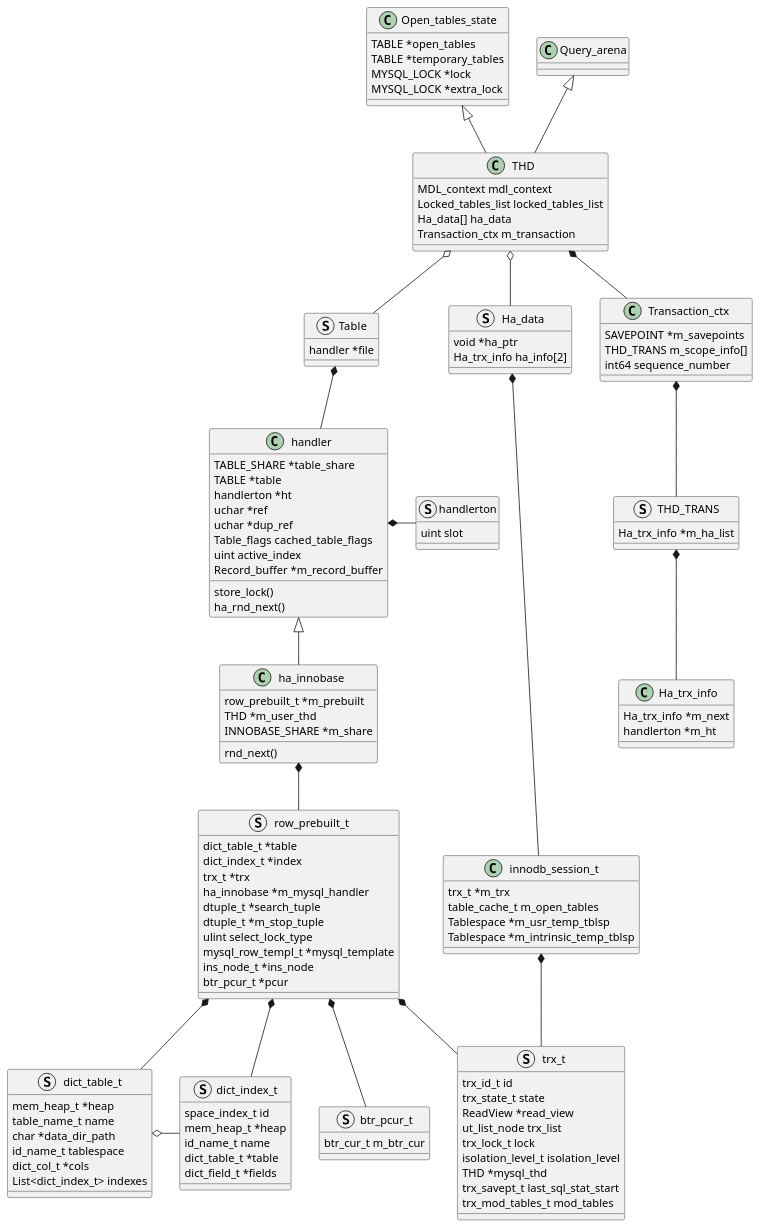
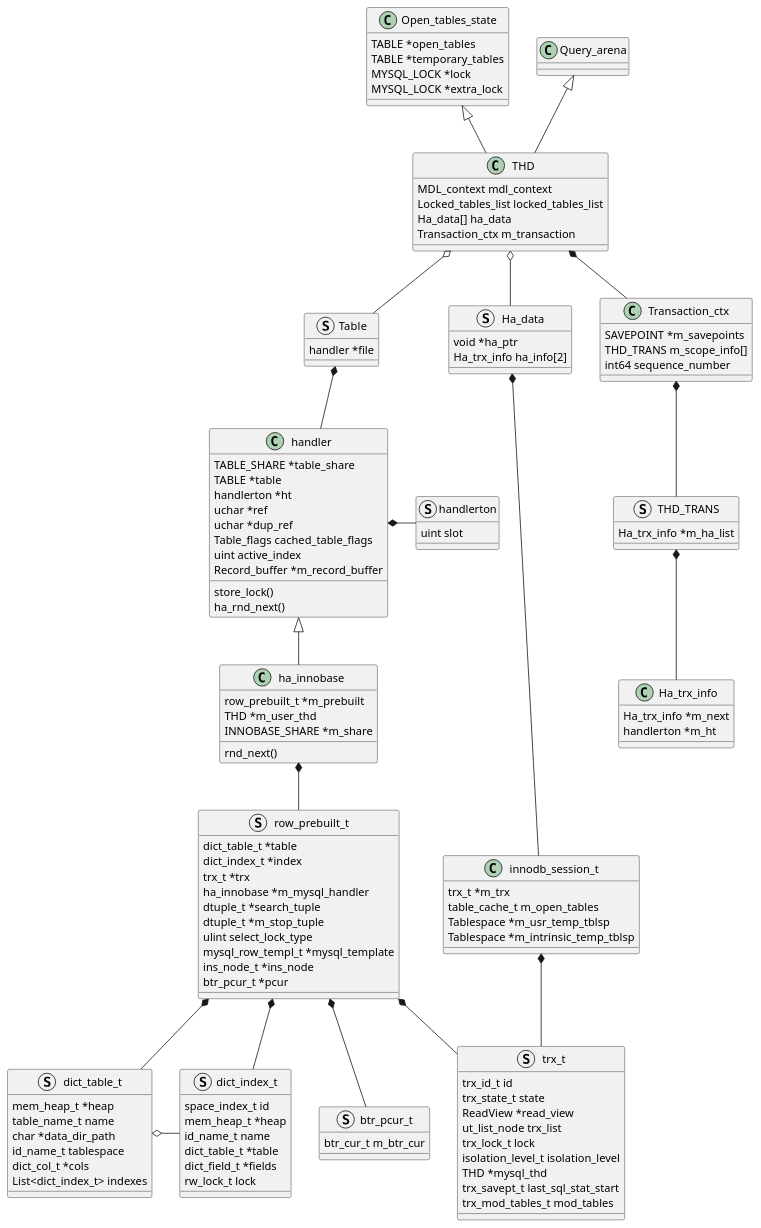
Before and after one commit to kevinwang930/kevinwang930.github.io: the second of 3 diagrams in content/post/data/db/mysql/innodb/index.md, drawn with PlantUML. The commit also changed other lines of this file and 2 other files, not shown here.

```diff
--- a/content/post/data/db/mysql/innodb/index.md
+++ b/content/post/data/db/mysql/innodb/index.md
@@ -256,6 +277,7 @@
 id_name_t name
 dict_table_t *table
 dict_field_t *fields
+rw_lock_t lock
 }
 
 
```
